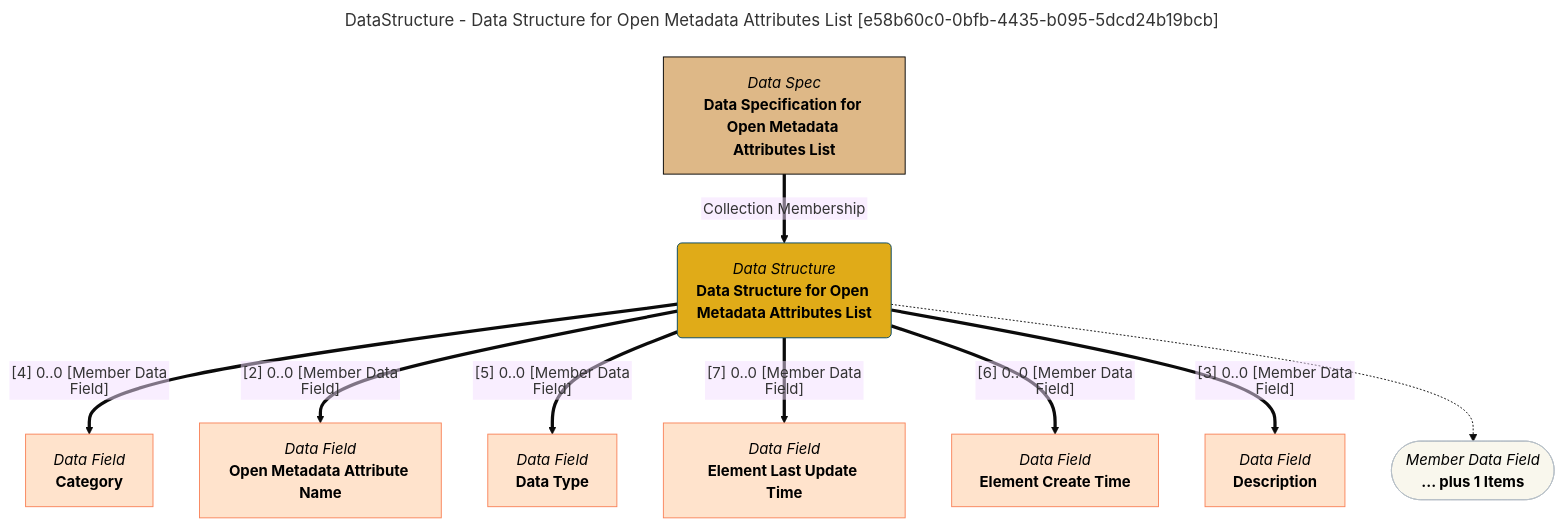
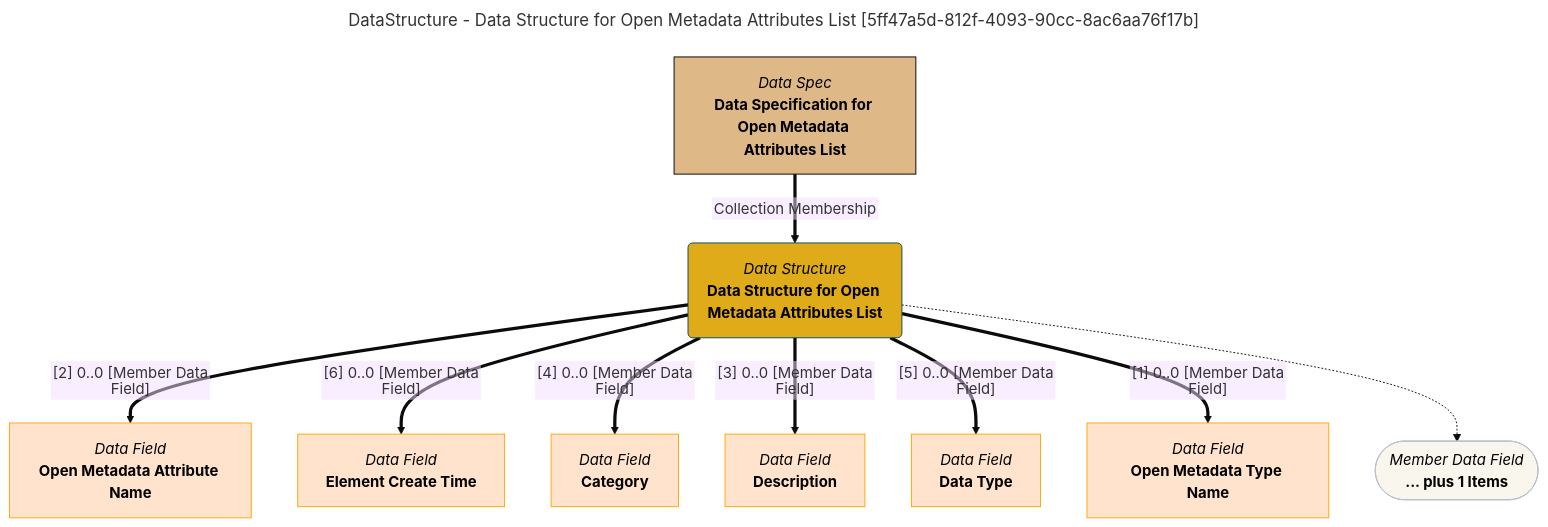
One commit to odpi/egeria-docs changed the diagram in site/snippets/data-structures/data-structure-for-open-metadata-attributes-list-mermaid-graph.md. Above: the diagram before and after it, drawn with Mermaid (base theme). The commit also changed 2201 other files, not shown here.

````diff
--- a/site/snippets/data-structures/data-structure-for-open-metadata-attributes-list-mermaid-graph.md
+++ b/site/snippets/data-structures/data-structure-for-open-metadata-attributes-list-mermaid-graph.md
@@ -1,43 +1,43 @@
 ```mermaid
 ---
-title: DataStructure - Data Structure for Open Metadata Attributes List [e58b60c0-0bfb-4435-b095-5dcd24b19bcb]
+title: DataStructure - Data Structure for Open Metadata Attributes List [5ff47a5d-812f-4093-90cc-8ac6aa76f17b]
 ---
 flowchart TD
 %%{init: {"flowchart": {"htmlLabels": false}} }%%
 
 1@{ shape: rounded, label: "*Data Structure*
 **Data Structure for Open Metadata Attributes List**"}
 2@{ shape: rect, label: "*Data Spec*
 **Data Specification for Open Metadata Attributes List**"}
 2==>|"Collection Membership"|1
 3@{ shape: rect, label: "*Data Field*
+**Open Metadata Attribute Name**"}
+1==>|"[2] 0..0 [Member Data Field]"|3
+4@{ shape: rect, label: "*Data Field*
+**Element Create Time**"}
+1==>|"[6] 0..0 [Member Data Field]"|4
+5@{ shape: rect, label: "*Data Field*
 **Category**"}
-1==>|"[4] 0..0 [Member Data Field]"|3
-4@{ shape: rect, label: "*Data Field*
-**Open Metadata Attribute Name**"}
-1==>|"[2] 0..0 [Member Data Field]"|4
-5@{ shape: rect, label: "*Data Field*
+1==>|"[4] 0..0 [Member Data Field]"|5
+6@{ shape: rect, label: "*Data Field*
+**Description**"}
+1==>|"[3] 0..0 [Member Data Field]"|6
+7@{ shape: rect, label: "*Data Field*
 **Data Type**"}
-1==>|"[5] 0..0 [Member Data Field]"|5
-6@{ shape: rect, label: "*Data Field*
-**Element Last Update Time**"}
-1==>|"[7] 0..0 [Member Data Field]"|6
-7@{ shape: rect, label: "*Data Field*
-**Element Create Time**"}
-1==>|"[6] 0..0 [Member Data Field]"|7
+1==>|"[5] 0..0 [Member Data Field]"|7
 8@{ shape: rect, label: "*Data Field*
-**Description**"}
-1==>|"[3] 0..0 [Member Data Field]"|8
+**Open Metadata Type Name**"}
+1==>|"[1] 0..0 [Member Data Field]"|8
 9@{ shape: stadium, label: "*Member Data Field*
 **... plus 1 Items**"}
 1-.->9
 style 1 color:#000000, fill:#e0ab18, stroke:#004563
-style 2 color:#000000, fill:#deb887, stroke:#000000
-style 3 color:#000000, fill:#ffe3cc, stroke:#f9845b
-style 4 color:#000000, fill:#ffe3cc, stroke:#f9845b
-style 5 color:#000000, fill:#ffe3cc, stroke:#f9845b
-style 6 color:#000000, fill:#ffe3cc, stroke:#f9845b
-style 7 color:#000000, fill:#ffe3cc, stroke:#f9845b
-style 8 color:#000000, fill:#ffe3cc, stroke:#f9845b
+style 2 color:#000000, fill:#DEB887, stroke:#000000
+style 3 color:#000000, fill:#ffe3cc, stroke:#FFA500
+style 4 color:#000000, fill:#ffe3cc, stroke:#FFA500
+style 5 color:#000000, fill:#ffe3cc, stroke:#FFA500
+style 6 color:#000000, fill:#ffe3cc, stroke:#FFA500
+style 7 color:#000000, fill:#ffe3cc, stroke:#FFA500
+style 8 color:#000000, fill:#ffe3cc, stroke:#FFA500
 style 9 color:#000000, fill:#F9F7ED, stroke:#b7c0c7
 ```
````
